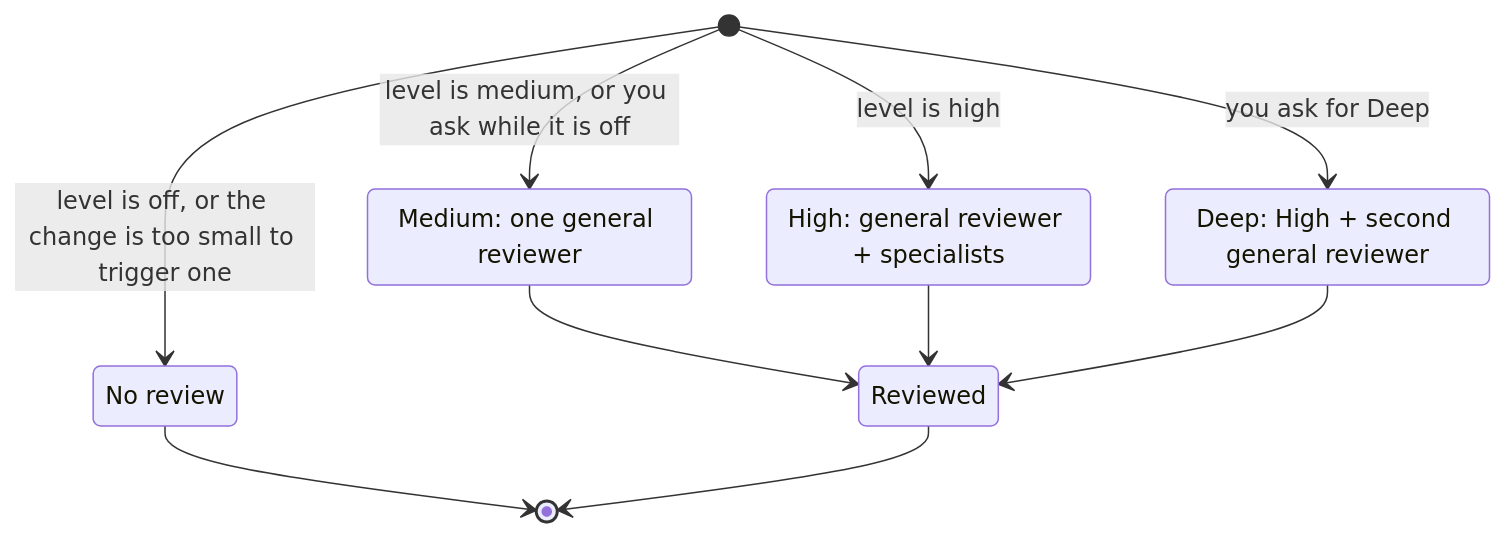
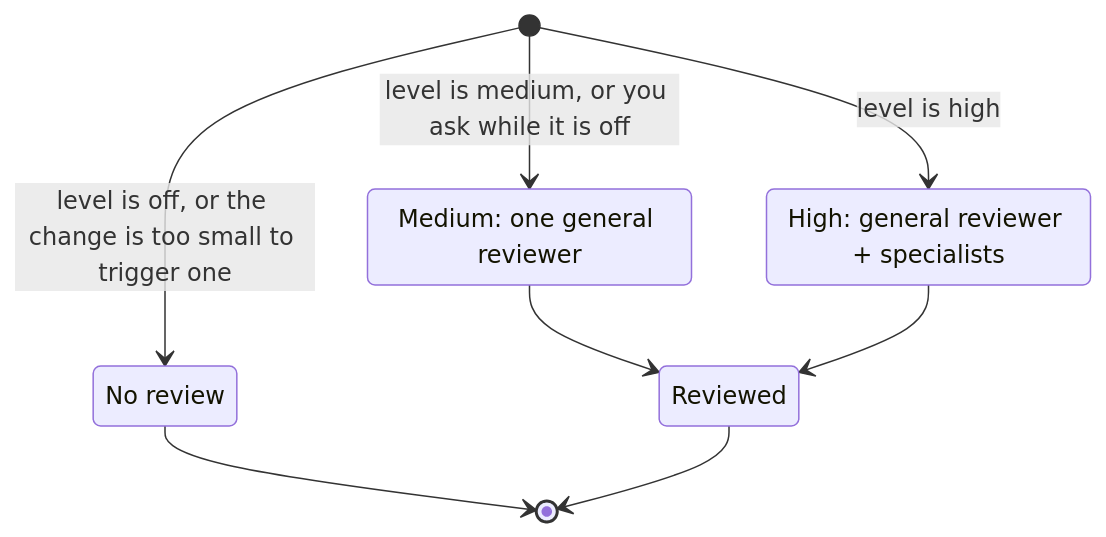
One commit to jvillegasd/harness changed the first of 2 diagrams in docs/review.md. Above: the diagram before and after it, drawn with Mermaid. The commit also changed other lines of this file and 69 other files, not shown here.

````diff
--- a/docs/review.md
+++ b/docs/review.md
@@ -28,17 +27,14 @@
 ```mermaid
 stateDiagram-v2
   state "No review" as Skipped
   state "Medium: one general reviewer" as Medium
   state "High: general reviewer + specialists" as High
-  state "Deep: High + second general reviewer" as Deep
 
   [*] --> Skipped: level is off, or the change is too small to trigger one
   [*] --> Medium: level is medium, or you ask while it is off
   [*] --> High: level is high
-  [*] --> Deep: you ask for Deep
   Medium --> Reviewed
   High --> Reviewed
-  Deep --> Reviewed
   Skipped --> [*]
   Reviewed --> [*]
 ```
````
